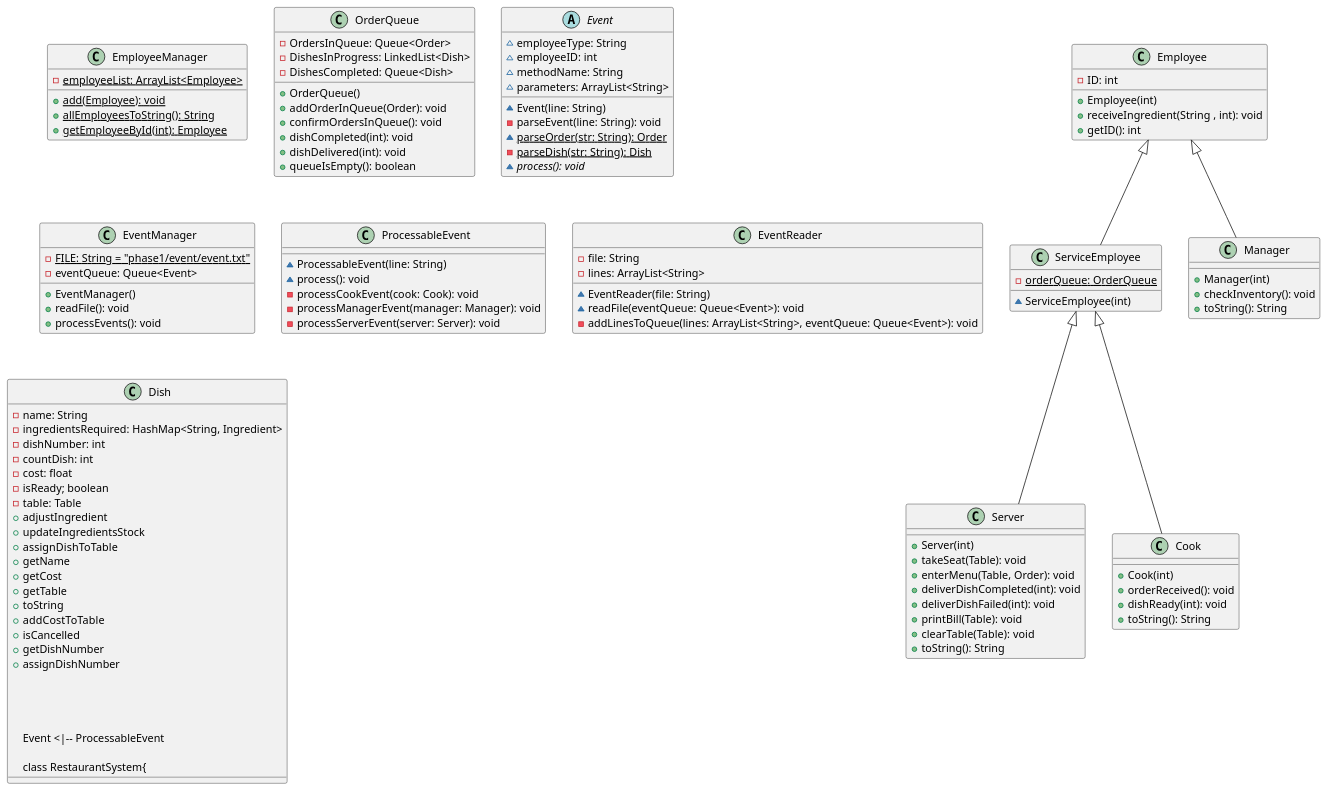
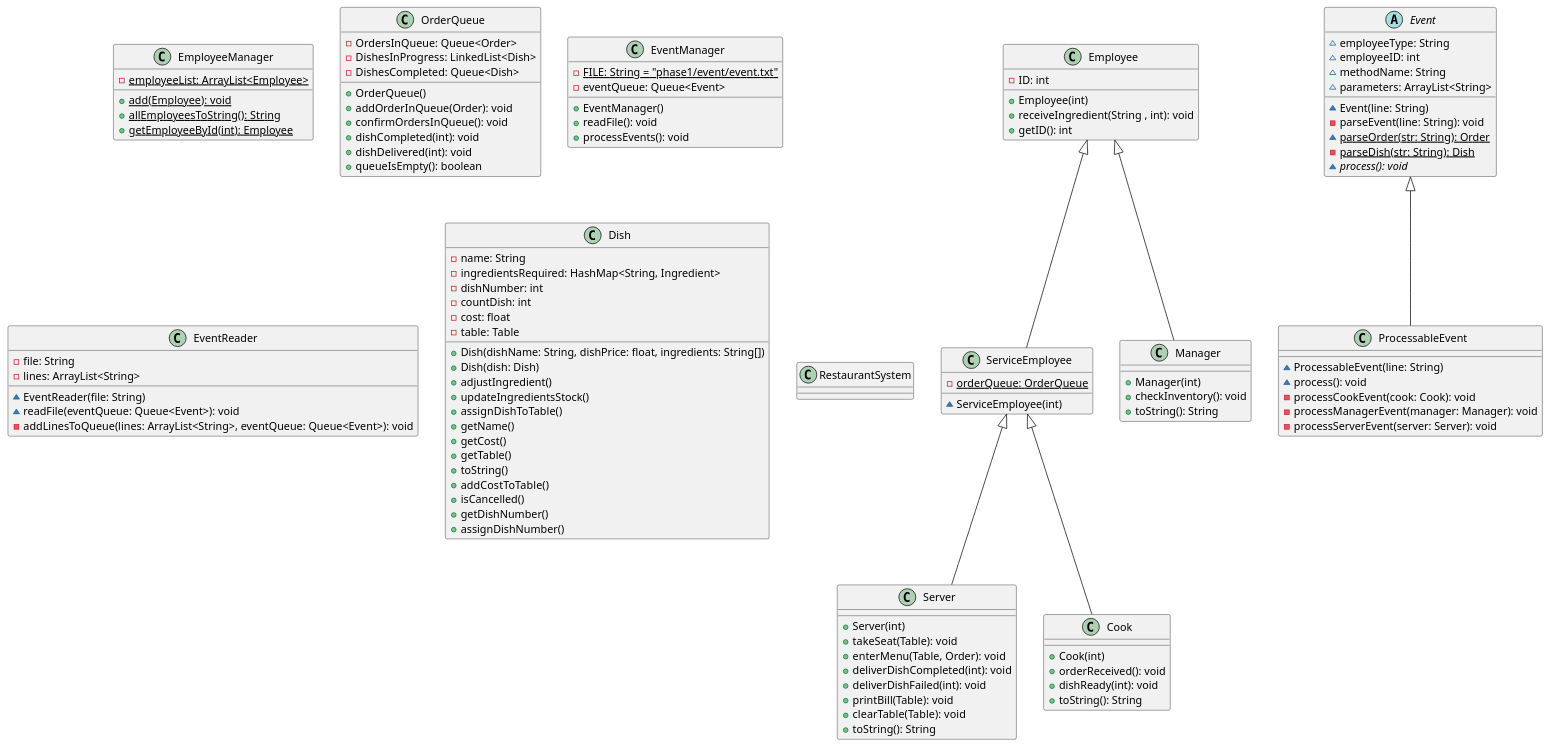
The diagram in phase1/phase1uml.puml (billangli/RestaurantSystem), drawn with PlantUML before and after one commit.

Commit message:
Added Dish class to the UML

```diff
--- a/phase1/phase1uml.puml
+++ b/phase1/phase1uml.puml
@@ -1,122 +1,121 @@
 @startuml
 class EmployeeManager{
 - {static} employeeList: ArrayList<Employee>
 + {static} add(Employee): void
 + {static} allEmployeesToString(): String
 + {static} getEmployeeById(int): Employee
 }
 class OrderQueue{
 - OrdersInQueue: Queue<Order>
 - DishesInProgress: LinkedList<Dish>
 - DishesCompleted: Queue<Dish>
 + OrderQueue()
 + addOrderInQueue(Order): void
 + confirmOrdersInQueue(): void
 + dishCompleted(int): void
 + dishDelivered(int): void
 + queueIsEmpty(): boolean
 }
 
 class Employee{
 - ID: int
 + Employee(int)
 + receiveIngredient(String , int): void
 + getID(): int
 }
 class ServiceEmployee {
 - {static} orderQueue: OrderQueue
 ~ ServiceEmployee(int)
 }
 class Server{
 + Server(int)
 + takeSeat(Table): void
 + enterMenu(Table, Order): void
 + deliverDishCompleted(int): void
 + deliverDishFailed(int): void
 + printBill(Table): void
 + clearTable(Table): void
 + toString(): String
 }
 class Cook{
 + Cook(int)
 + orderReceived(): void
 + dishReady(int): void
 + toString(): String
 }
 class Manager{
 + Manager(int)
 + checkInventory(): void
 + toString(): String
 }
 
 Employee <|-- ServiceEmployee
 ServiceEmployee <|-- Cook
 ServiceEmployee <|-- Server
 Employee <|-- Manager
 
 
 abstract class Event{
 ~ employeeType: String
 ~ employeeID: int
 ~ methodName: String
 ~ parameters: ArrayList<String>
 ~ Event(line: String)
 - parseEvent(line: String): void
 ~ {static} parseOrder(str: String): Order
 - {static} parseDish(str: String): Dish
 ~ {abstract} process(): void
 }
 
 class EventManager{
 - {static} FILE: String = "phase1/event/event.txt"
 - eventQueue: Queue<Event>
 + EventManager()
 + readFile(): void
 + processEvents(): void
 }
 
 class ProcessableEvent{
 ~ ProcessableEvent(line: String)
 ~ process(): void
 - processCookEvent(cook: Cook): void
 - processManagerEvent(manager: Manager): void
 - processServerEvent(server: Server): void
 }
 
 class EventReader{
 - file: String
 - lines: ArrayList<String>
 ~ EventReader(file: String)
 ~ readFile(eventQueue: Queue<Event>): void
 - addLinesToQueue(lines: ArrayList<String>, eventQueue: Queue<Event>): void
 }
 
+Event <|-- ProcessableEvent
+
 
 class Dish{
 - name: String
 - ingredientsRequired: HashMap<String, Ingredient>
 - dishNumber: int
 - countDish: int
 - cost: float
-- isReady; boolean
 - table: Table
-+ adjustIngredient
-+ updateIngredientsStock
-+ assignDishToTable
-+ getName
-+ getCost
-+ getTable
-+ toString
-+ addCostToTable
-+ isCancelled
-+ getDishNumber
-+ assignDishNumber
-
-
-
-
-Event <|-- ProcessableEvent
++ Dish(dishName: String, dishPrice: float, ingredients: String[])
++ Dish(dish: Dish)
++ adjustIngredient()
++ updateIngredientsStock()
++ assignDishToTable()
++ getName()
++ getCost()
++ getTable()
++ toString()
++ addCostToTable()
++ isCancelled()
++ getDishNumber()
++ assignDishNumber()
+}
 
 class RestaurantSystem{
 }
 @enduml
```
